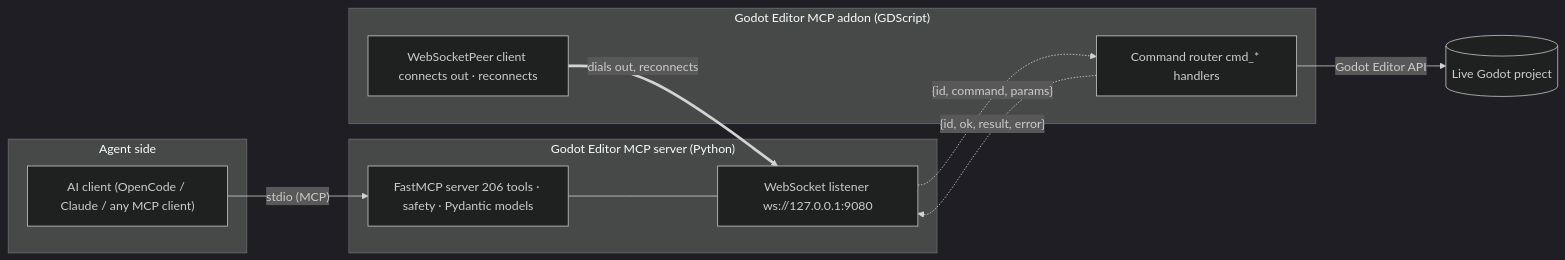
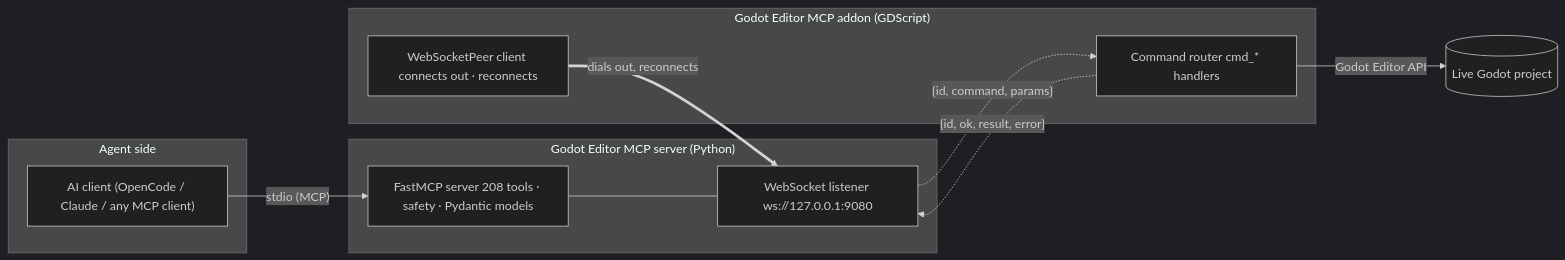
The diagram in docs/site/architecture/index.md (hybridindie/godot-mcp), drawn with Mermaid (dark theme) before and after one commit. The commit also changed 18 other files, not shown here.

````diff
--- a/docs/site/architecture/index.md
+++ b/docs/site/architecture/index.md
@@ -18,21 +18,21 @@
 ```mermaid
 flowchart LR
     subgraph client["Agent side"]
         AI["AI client (OpenCode / Claude / any MCP client)"]
     end
     subgraph server["Godot Editor MCP server (Python)"]
-        SRV["FastMCP server 206 tools · safety · Pydantic models"]
+        SRV["FastMCP server 208 tools · safety · Pydantic models"]
         BR["WebSocket listener ws://127.0.0.1:9080"]
     end
     subgraph addon["Godot Editor MCP addon (GDScript)"]
         WS["WebSocketPeer client connects out · reconnects"]
         RT["Command router cmd_* handlers"]
     end
     ED[("Live Godot project")]
     AI -->|"stdio (MCP)"| SRV
     SRV --- BR
     WS ==>|"dials out, reconnects"| BR
     BR -.->|"{id, command, params}"| RT
     RT -->|"Godot Editor API"| ED
     RT -.->|"{id, ok, result, error}"| BR
 ```
````
